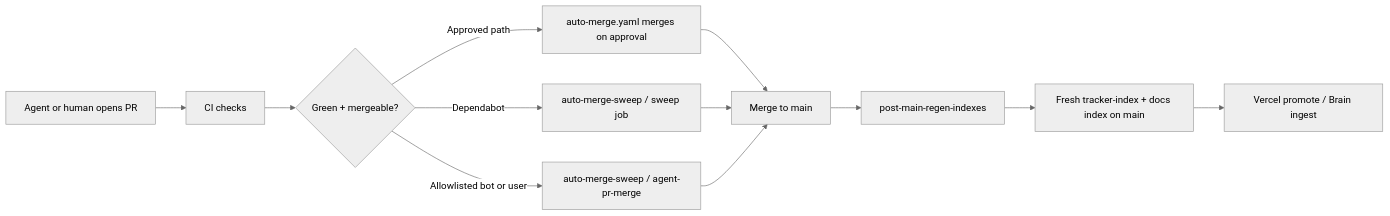
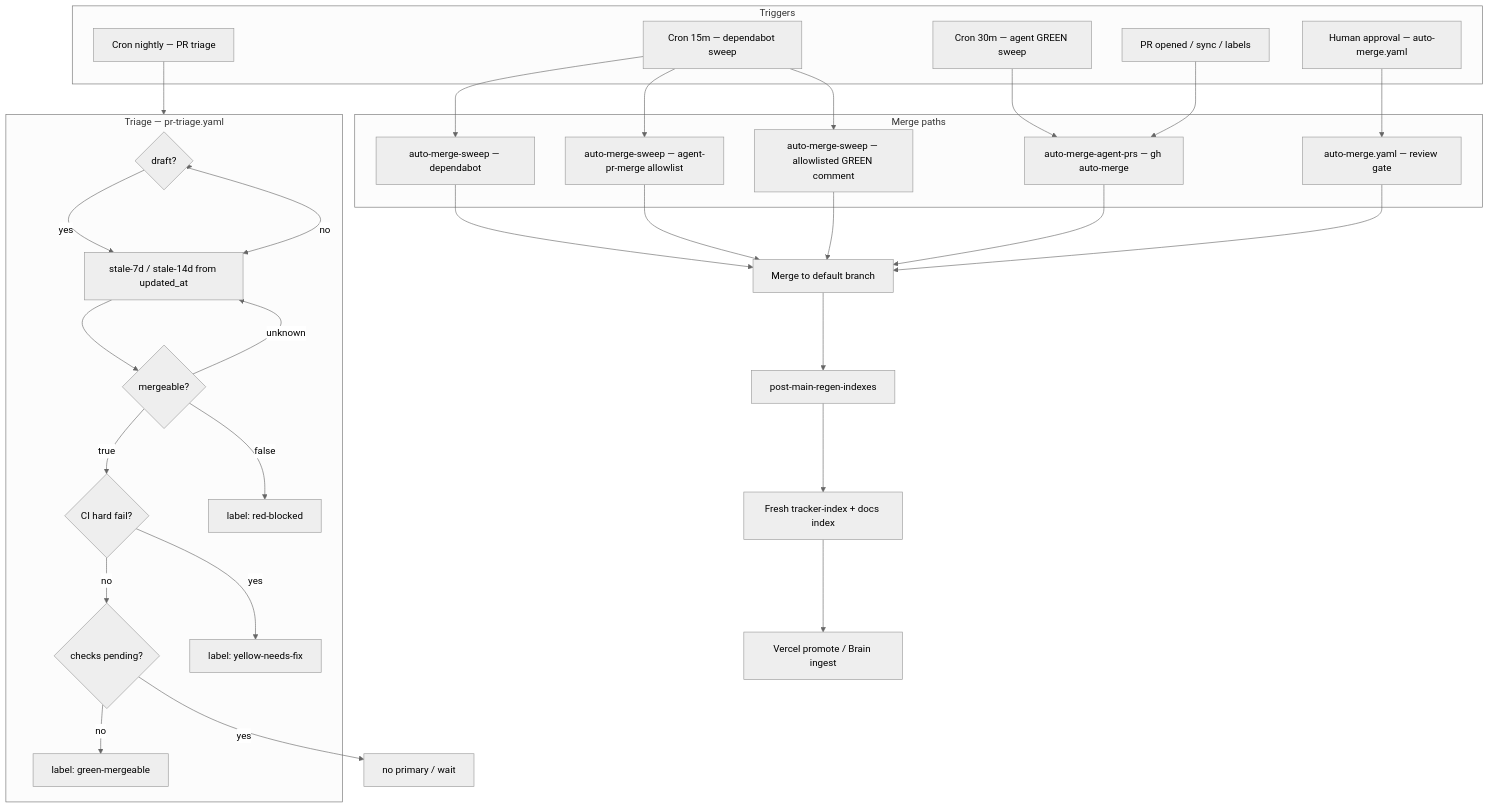
One commit to paperwork-labs/paperwork changed the first of 2 diagrams in docs/infra/PR_PIPELINE_AUTOMATION.md. Above: the diagram before and after it, drawn with Mermaid (neutral theme). The commit also changed other lines of this file and 3 other files, not shown here.

First line of the commit message:
feat(ci): auto-merge GREEN agent PRs + triage classifier

````diff
--- a/docs/infra/PR_PIPELINE_AUTOMATION.md
+++ b/docs/infra/PR_PIPELINE_AUTOMATION.md
@@ -15,14 +15,58 @@
 ```mermaid
-flowchart LR
-  A[Agent or human opens PR] --> B[CI checks]
-  B --> C{Green + mergeable?}
-  C -->|Approved path| D[auto-merge.yaml merges on approval]
-  C -->|Dependabot| E[auto-merge-sweep / sweep job]
-  C -->|Allowlisted bot or user| F[auto-merge-sweep / agent-pr-merge]
-  D --> G[Merge to main]
-  E --> G
-  F --> G
+flowchart TB
+  subgraph triggers [Triggers]
+    T1[PR opened / sync / labels]
+    T2[Cron 15m — dependabot sweep]
+    T3[Cron 30m — agent GREEN sweep]
+    T4[Cron nightly — PR triage]
+    T5[Human approval — auto-merge.yaml]
+  end
+
+  subgraph classify [Triage — pr-triage.yaml]
+    C1{draft?}
+    C2[stale-7d / stale-14d from updated_at]
+    C3{mergeable?}
+    C4{CI hard fail?}
+    C5{checks pending?}
+    Lg[label: green-mergeable]
+    Ly[label: yellow-needs-fix]
+    Lr[label: red-blocked]
+  end
+
+  T4 --> classify
+  classify --> C1
+  C1 -->|yes| C2
+  C1 -->|no| C2
+  C2 --> C3
+  C3 -->|false| Lr
+  C3 -->|unknown| C2
+  C3 -->|true| C4
+  C4 -->|yes| Ly
+  C4 -->|no| C5
+  C5 -->|yes| Lx[no primary / wait]
+  C5 -->|no| Lg
+
+  subgraph merge_paths [Merge paths]
+    M1[auto-merge-sweep — dependabot]
+    M2[auto-merge-sweep — agent-pr-merge allowlist]
+    M3[auto-merge-sweep — allowlisted GREEN comment]
+    M4[auto-merge-agent-prs — gh auto-merge]
+    M5[auto-merge.yaml — review gate]
+  end
+
+  T2 --> M1
+  T2 --> M2
+  T2 --> M3
+  T3 --> M4
+  T1 --> M4
+  T5 --> M5
+
+  M1 --> G[Merge to default branch]
+  M2 --> G
+  M3 --> G
+  M4 --> G
+  M5 --> G
   G --> H[post-main-regen-indexes]
-  H --> I[Fresh tracker-index + docs index on main]
+  H --> I[Fresh tracker-index + docs index]
   I --> J[Vercel promote / Brain ingest]
 ```
````
